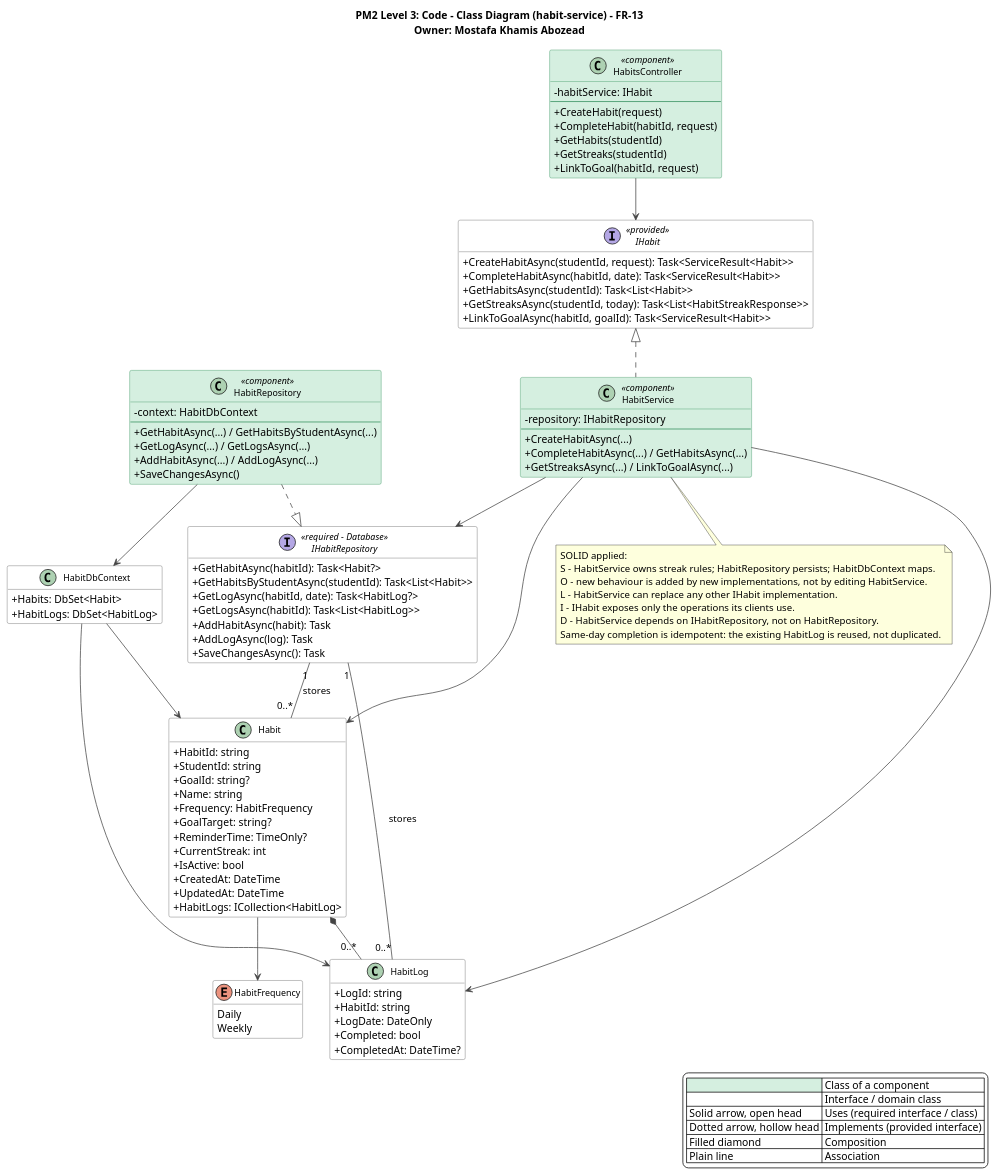
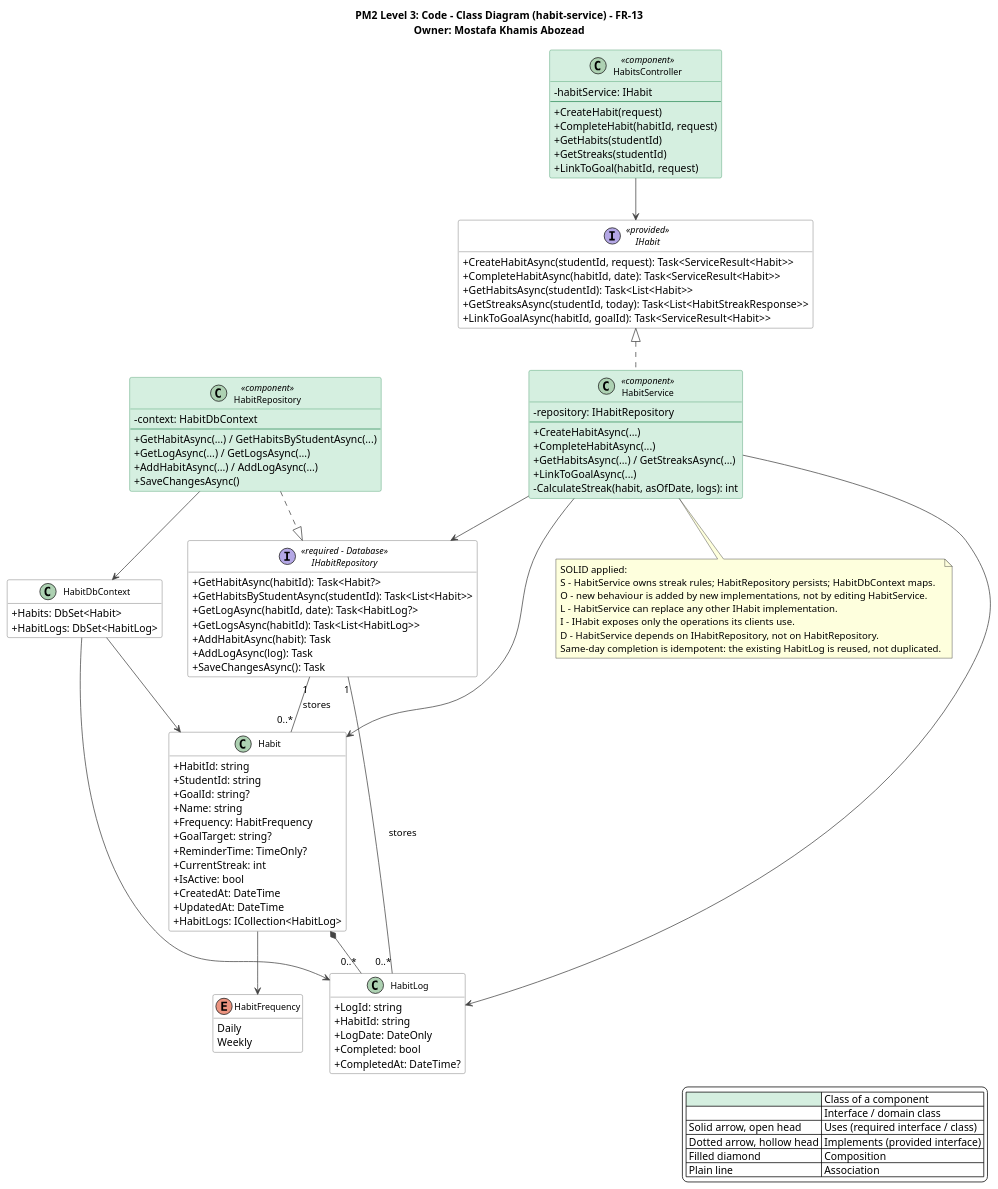
The diagram in docs/PM2/Part A — Design/Class Diagram/13-habit-service.puml (AIU-SoftWave/Aspirra), drawn with PlantUML before and after one commit. The commit also changed 15 other files, not shown here.

First line of the commit message:
PM2-07: complete habit streak design set

```diff
--- a/docs/PM2/Part A — Design/Class Diagram/13-habit-service.puml
+++ b/docs/PM2/Part A — Design/Class Diagram/13-habit-service.puml
@@ -1,131 +1,133 @@
 @startuml 13-habit-service
 title PM2 Level 3: Code - Class Diagram (habit-service) - FR-13\nOwner: Mostafa Khamis Abozead
 top to bottom direction
 skinparam shadowing false
 skinparam defaultFontName Segoe UI
 skinparam backgroundColor #FFFFFF
 skinparam classAttributeIconSize 0
 skinparam classFontSize 12
 skinparam nodesep 35
 skinparam ranksep 55
 skinparam ArrowColor #444444
 skinparam class {
   BackgroundColor #FFFFFF
   BorderColor #555555
   BackgroundColor<<component>> #D5EFE0
   BorderColor<<component>> #2E8B57
 }
 skinparam interface {
   BackgroundColor #FFFFFF
   BorderColor #555555
 }
 hide empty members
 
 legend right
   |<#D5EFE0>   | Class of a component |
   |<#FFFFFF>   | Interface / domain class |
   | Solid arrow, open head | Uses (required interface / class) |
   | Dotted arrow, hollow head | Implements (provided interface) |
   | Filled diamond | Composition |
   | Plain line | Association |
 endlegend
 
 interface IHabit <<provided>> {
   +CreateHabitAsync(studentId, request): Task<ServiceResult<Habit>>
   +CompleteHabitAsync(habitId, date): Task<ServiceResult<Habit>>
   +GetHabitsAsync(studentId): Task<List<Habit>>
   +GetStreaksAsync(studentId, today): Task<List<HabitStreakResponse>>
   +LinkToGoalAsync(habitId, goalId): Task<ServiceResult<Habit>>
 }
 
 class HabitsController <<component>> {
   -habitService: IHabit
   --
   +CreateHabit(request)
   +CompleteHabit(habitId, request)
   +GetHabits(studentId)
   +GetStreaks(studentId)
   +LinkToGoal(habitId, request)
 }
 
 class HabitService <<component>> {
   -repository: IHabitRepository
   --
   +CreateHabitAsync(...)
-  +CompleteHabitAsync(...) / GetHabitsAsync(...)
-  +GetStreaksAsync(...) / LinkToGoalAsync(...)
+  +CompleteHabitAsync(...)
+  +GetHabitsAsync(...) / GetStreaksAsync(...)
+  +LinkToGoalAsync(...)
+  -CalculateStreak(habit, asOfDate, logs): int
 }
 
 interface IHabitRepository <<required - Database>> {
   +GetHabitAsync(habitId): Task<Habit?>
   +GetHabitsByStudentAsync(studentId): Task<List<Habit>>
   +GetLogAsync(habitId, date): Task<HabitLog?>
   +GetLogsAsync(habitId): Task<List<HabitLog>>
   +AddHabitAsync(habit): Task
   +AddLogAsync(log): Task
   +SaveChangesAsync(): Task
 }
 
 class HabitRepository <<component>> {
   -context: HabitDbContext
   --
   +GetHabitAsync(...) / GetHabitsByStudentAsync(...)
   +GetLogAsync(...) / GetLogsAsync(...)
   +AddHabitAsync(...) / AddLogAsync(...)
   +SaveChangesAsync()
 }
 
 class HabitDbContext {
   +Habits: DbSet<Habit>
   +HabitLogs: DbSet<HabitLog>
 }
 
 class Habit {
   +HabitId: string
   +StudentId: string
   +GoalId: string?
   +Name: string
   +Frequency: HabitFrequency
   +GoalTarget: string?
   +ReminderTime: TimeOnly?
   +CurrentStreak: int
   +IsActive: bool
   +CreatedAt: DateTime
   +UpdatedAt: DateTime
   +HabitLogs: ICollection<HabitLog>
 }
 class HabitLog {
   +LogId: string
   +HabitId: string
   +LogDate: DateOnly
   +Completed: bool
   +CompletedAt: DateTime?
 }
 enum HabitFrequency {
   Daily
   Weekly
 }
 
 HabitsController --> IHabit
 IHabit <|.. HabitService
 HabitService --> IHabitRepository
 HabitService --> Habit
 HabitService --> HabitLog
 IHabitRepository "1" -- "0..*" Habit : stores
 IHabitRepository "1" -- "0..*" HabitLog : stores
 HabitRepository ..|> IHabitRepository
 HabitRepository --> HabitDbContext
 HabitDbContext --> Habit
 HabitDbContext --> HabitLog
 Habit *-- "0..*" HabitLog
 Habit --> HabitFrequency
 note bottom of HabitService
 SOLID applied:
 S - HabitService owns streak rules; HabitRepository persists; HabitDbContext maps.
 O - new behaviour is added by new implementations, not by editing HabitService.
 L - HabitService can replace any other IHabit implementation.
 I - IHabit exposes only the operations its clients use.
 D - HabitService depends on IHabitRepository, not on HabitRepository.
 Same-day completion is idempotent: the existing HabitLog is reused, not duplicated.
 end note
 @enduml
```
